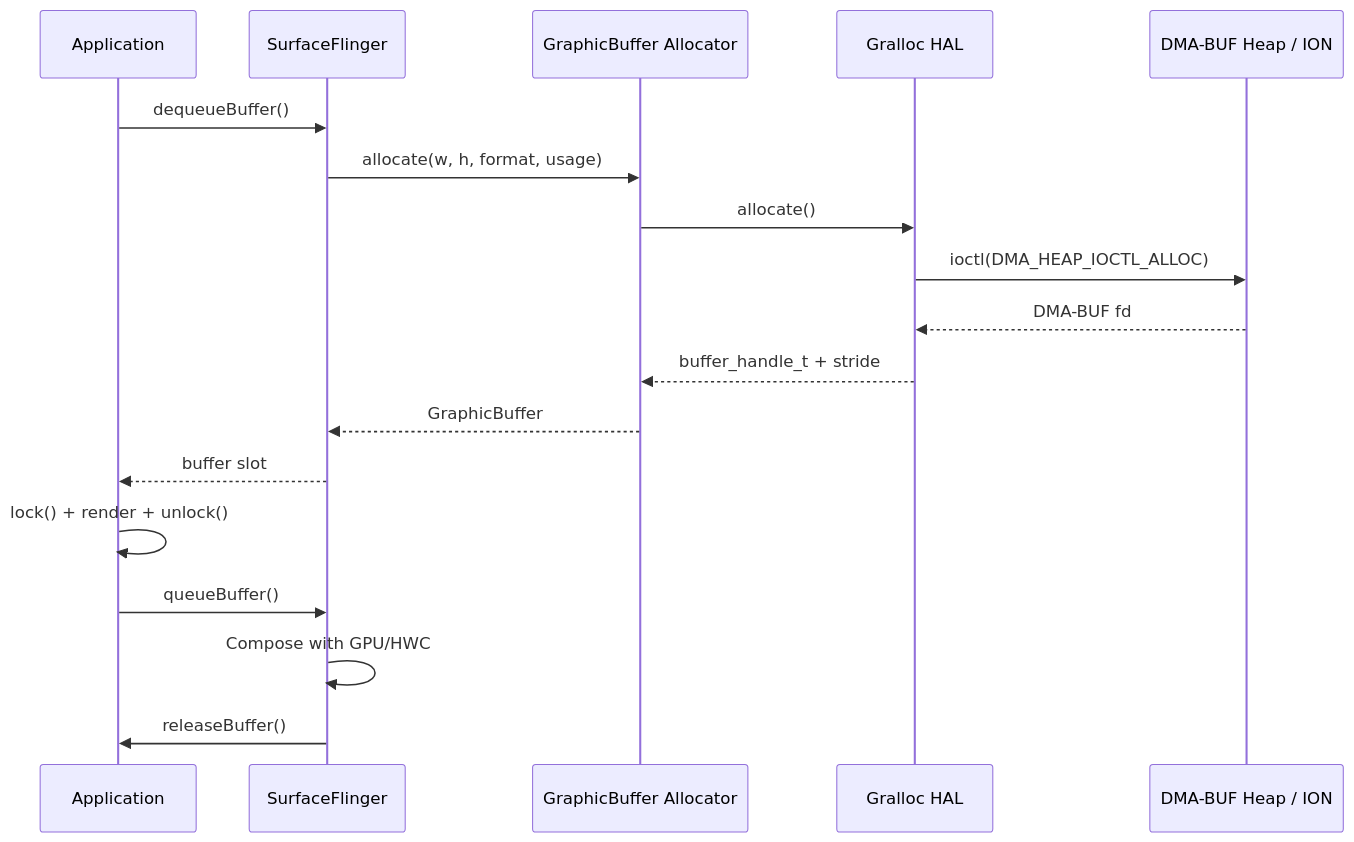
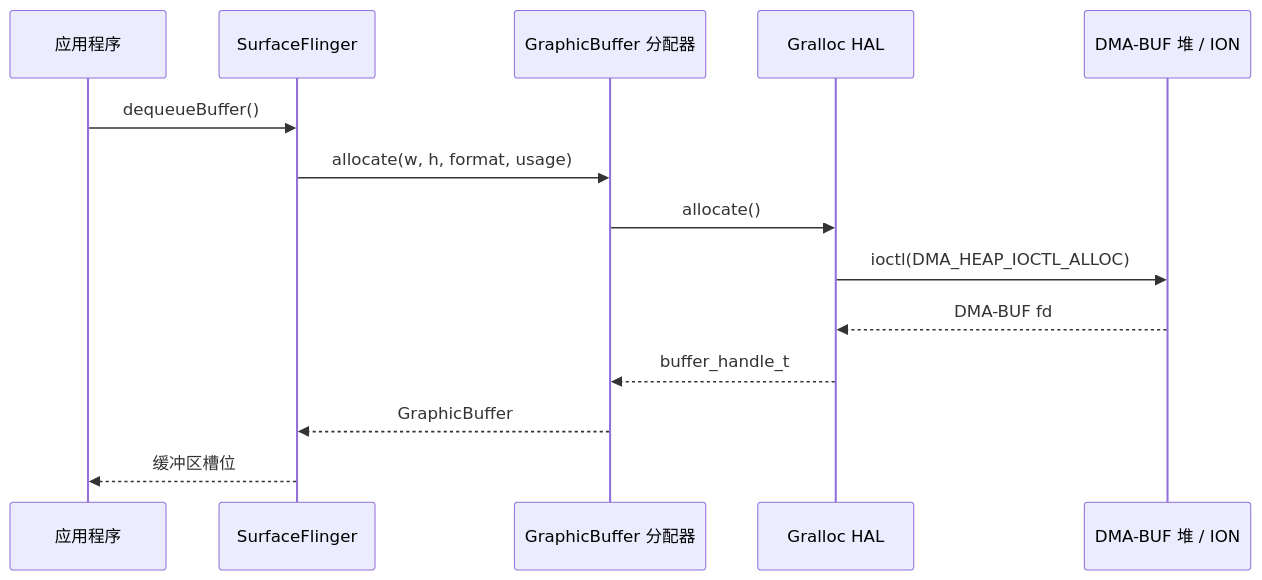
Diagram 13 of 20 in 08-memory-management-zh.md (fwrite0920/aosp-internal-book), drawn with Mermaid before and after one commit. The commit also changed other lines of this file and 63 other files, not shown here.

````diff
--- a/08-memory-management-zh.md
+++ b/08-memory-management-zh.md
@@ -464,21 +1522,17 @@
 ```mermaid
 sequenceDiagram
-    participant App as Application
+    participant App as 应用程序
     participant SF as SurfaceFlinger
-    participant GBA as GraphicBuffer Allocator
+    participant GBA as GraphicBuffer 分配器
     participant Gralloc as Gralloc HAL
-    participant DMA as DMA-BUF Heap / ION
+    participant DMA as DMA-BUF 堆 / ION
 
     App->>SF: dequeueBuffer()
     SF->>GBA: allocate(w, h, format, usage)
     GBA->>Gralloc: allocate()
     Gralloc->>DMA: ioctl(DMA_HEAP_IOCTL_ALLOC)
     DMA-->>Gralloc: DMA-BUF fd
-    Gralloc-->>GBA: buffer_handle_t + stride
+    Gralloc-->>GBA: buffer_handle_t
     GBA-->>SF: GraphicBuffer
-    SF-->>App: buffer slot
-    App->>App: lock() + render + unlock()
-    App->>SF: queueBuffer()
-    SF->>SF: Compose with GPU/HWC
-    SF->>App: releaseBuffer()
+    SF-->>App: 缓冲区槽位
 ```
````
